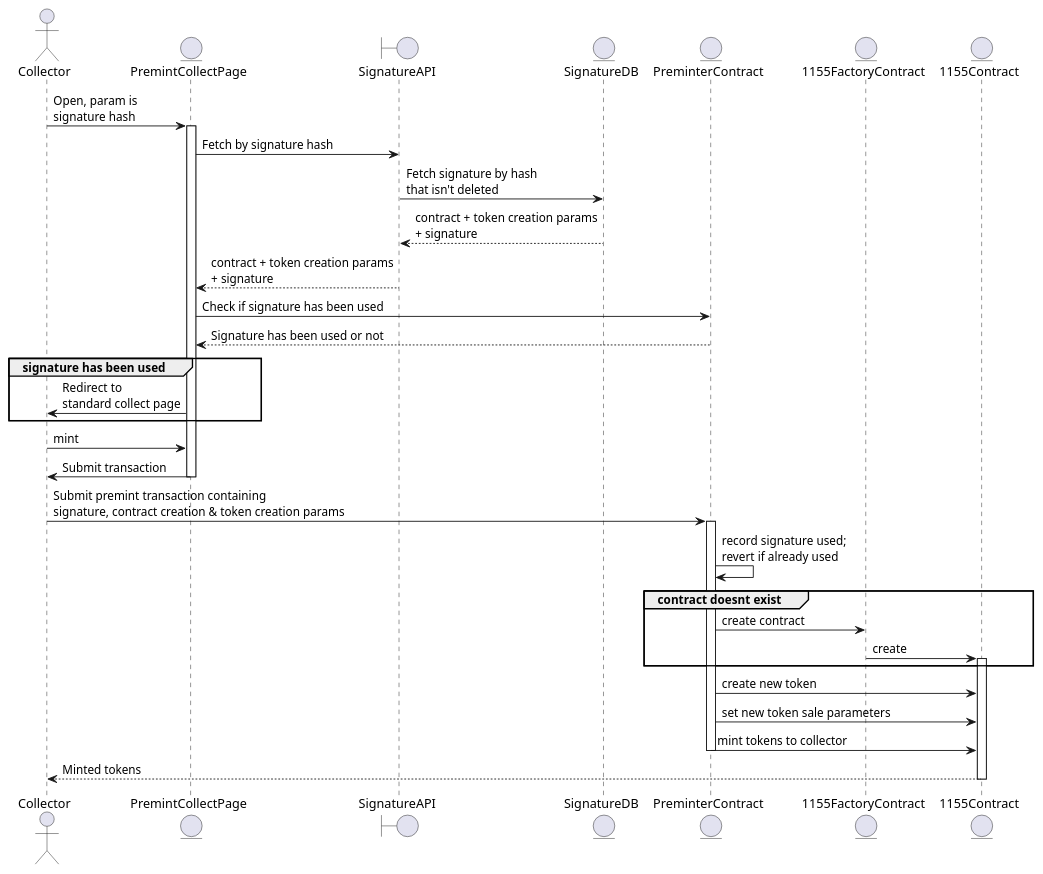
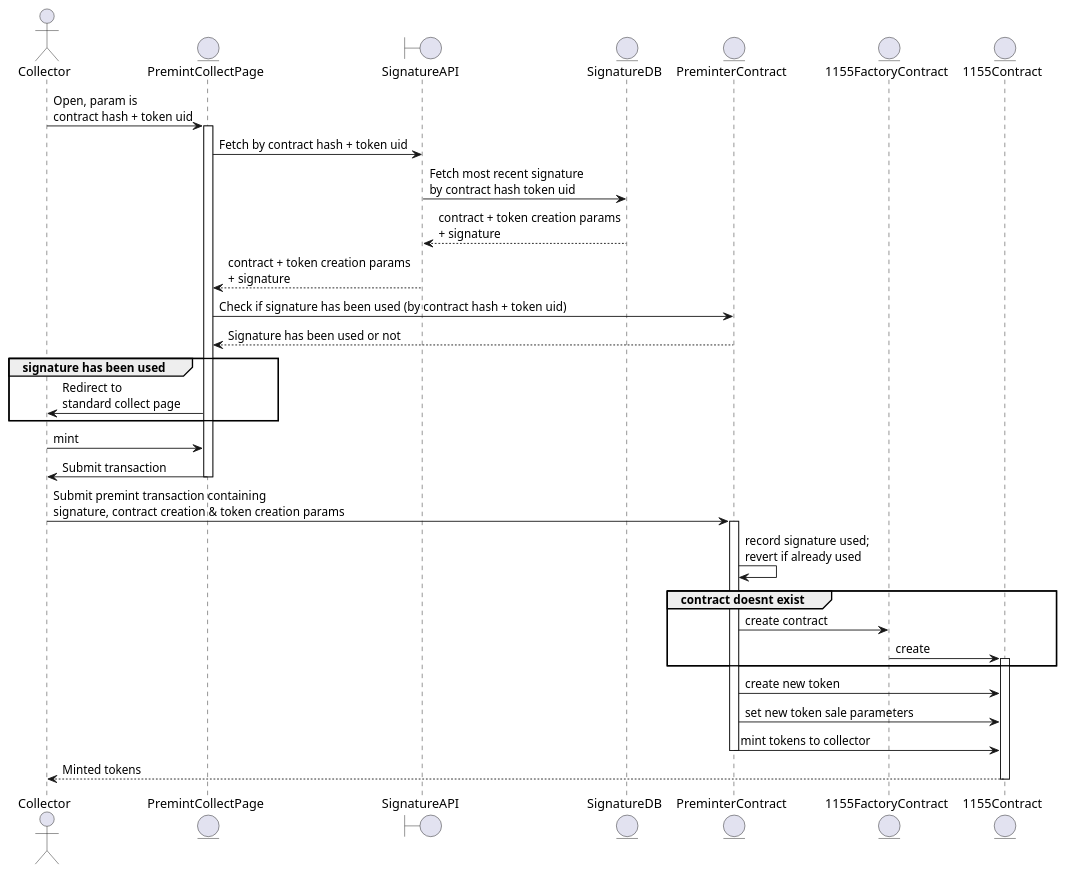
One commit to ourzora/zora-protocol changed the diagram in uml/gasslessCreate-collecting.puml. Above: the diagram before and after it, drawn with PlantUML. The commit also changed 1 other file, not shown here.

Commit message:
diagrams reflect uid now

```diff
--- a/uml/gasslessCreate-collecting.puml
+++ b/uml/gasslessCreate-collecting.puml
@@ -1,48 +1,48 @@
 @startuml
 actor Collector
 entity PremintCollectPage 
 boundary SignatureAPI
 entity SignatureDB
 entity PreminterContract
 entity 1155FactoryContract
 entity 1155Contract
 
-Collector -> PremintCollectPage: Open, param is \nsignature hash
+Collector -> PremintCollectPage: Open, param is \ncontract hash + token uid
 Activate PremintCollectPage
-PremintCollectPage -> SignatureAPI: Fetch by signature hash 
-SignatureAPI -> SignatureDB: Fetch signature by hash\nthat isn't deleted
+PremintCollectPage -> SignatureAPI: Fetch by contract hash + token uid
+SignatureAPI -> SignatureDB: Fetch most recent signature\nby contract hash token uid
 SignatureDB --> SignatureAPI: contract + token creation params\n+ signature
 SignatureAPI --> PremintCollectPage: contract + token creation params\n+ signature
-PremintCollectPage -> PreminterContract: Check if signature has been used
+PremintCollectPage -> PreminterContract: Check if signature has been used (by contract hash + token uid)
 PreminterContract --> PremintCollectPage: Signature has been used or not
 
 Group signature has been used
 
     PremintCollectPage -> Collector: Redirect to \nstandard collect page
 
 end
 
 Collector -> PremintCollectPage: mint
 PremintCollectPage -> Collector: Submit transaction
 deactivate PremintCollectPage
 Collector -> PreminterContract: Submit premint transaction containing \nsignature, contract creation & token creation params
 activate PreminterContract
 PreminterContract -> PreminterContract: record signature used;\nrevert if already used
 
 Group contract doesnt exist
   
     PreminterContract -> 1155FactoryContract: create contract
     1155FactoryContract -> 1155Contract: create
     activate 1155Contract
 
 end
 
 PreminterContract -> 1155Contract: create new token
 PreminterContract -> 1155Contract: set new token sale parameters
 PreminterContract -> 1155Contract: mint tokens to collector
 
 deactivate PreminterContract
 1155Contract --> Collector: Minted tokens
 deactivate 1155Contract
 
 @enduml
```
